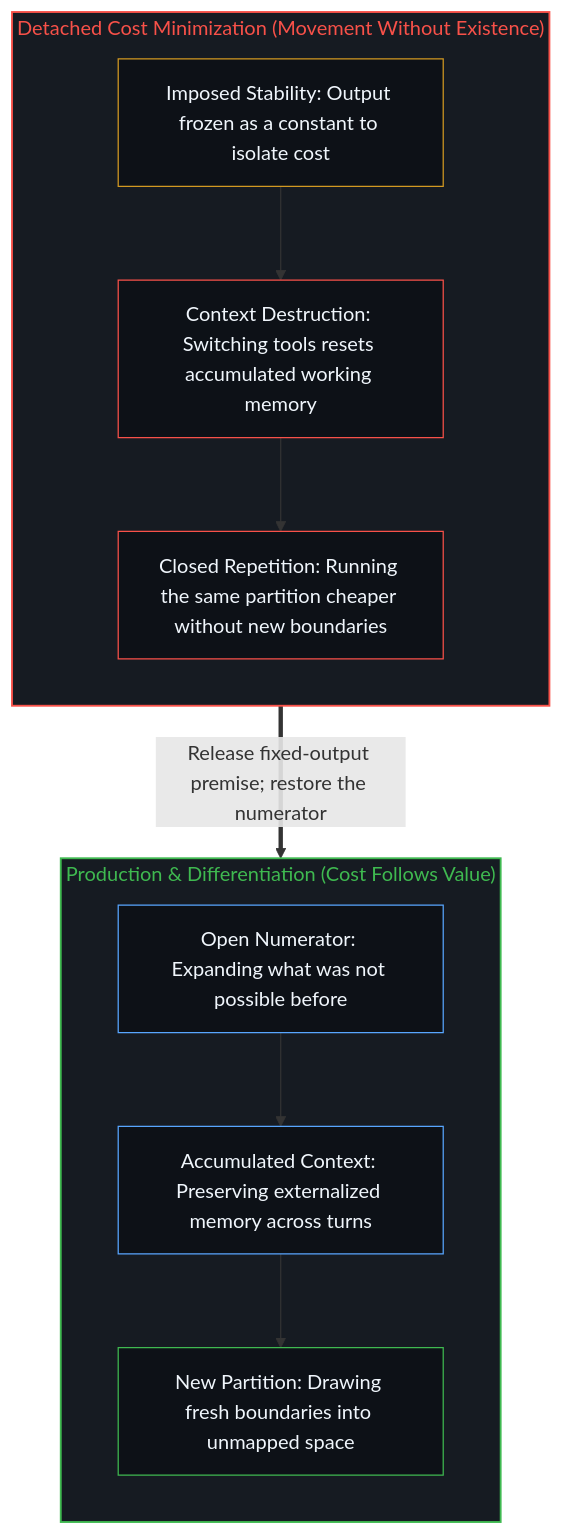
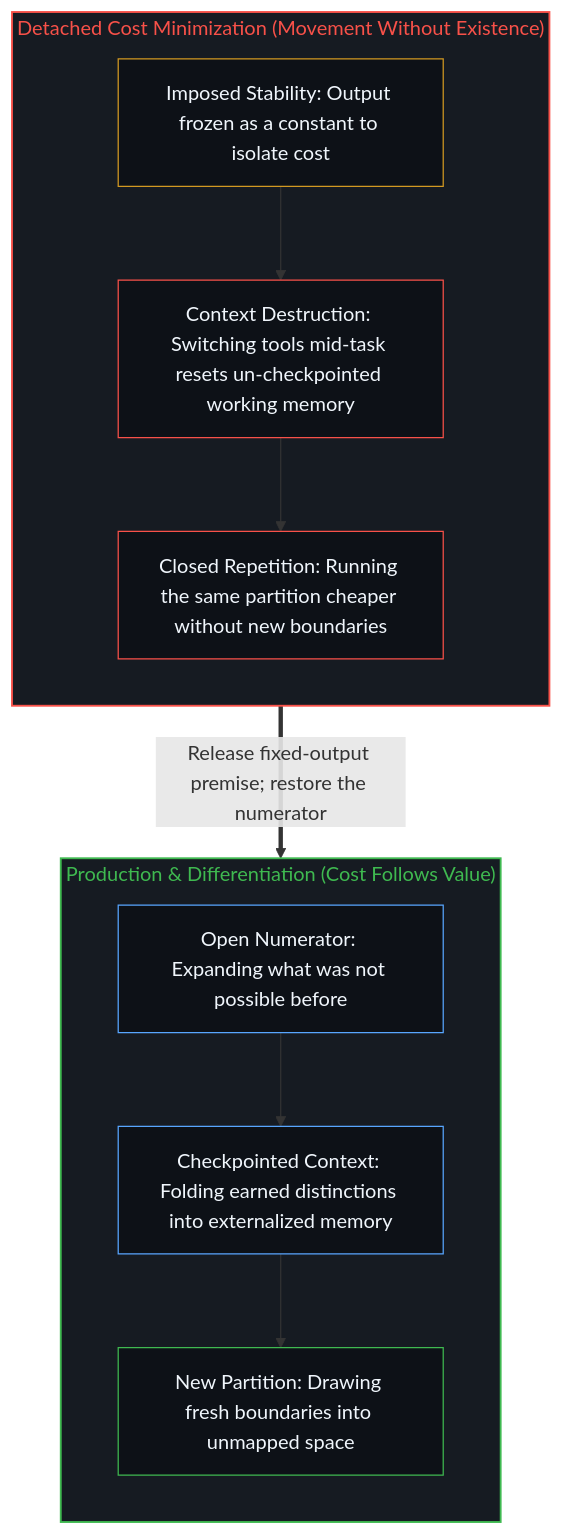
Before and after one commit to powerpig99/not-a-toe: the second of 2 diagrams in content/posts/efficiency-without-differentiation.md, drawn with Mermaid. The commit also changed other lines of this file and 2 other files, not shown here.

Commit message:
Consolidate Deep Sleep Batch 20: refine the-delegation-of-the-task-and-the-inalienability-of-consequences and efficiency-without-differentiation

````diff
--- a/content/posts/efficiency-without-differentiation.md
+++ b/content/posts/efficiency-without-differentiation.md
@@ -68,26 +68,26 @@
 ```mermaid
 flowchart TD
     subgraph S_Min["Detached Cost Minimization (Movement Without Existence)"]
         direction TB
         M_Fix["Imposed Stability: Output frozen as a constant to isolate cost"]
-        M_Switch["Context Destruction: Switching tools resets accumulated working memory"]
+        M_Switch["Context Destruction: Switching tools mid-task resets un-checkpointed working memory"]
         M_Loop["Closed Repetition: Running the same partition cheaper without new boundaries"]
         M_Fix --> M_Switch --> M_Loop
     end
     subgraph S_Diff["Production & Differentiation (Cost Follows Value)"]
         direction TB
         D_Open["Open Numerator: Expanding what was not possible before"]
-        D_Context["Accumulated Context: Preserving externalized memory across turns"]
+        D_Context["Checkpointed Context: Folding earned distinctions into externalized memory"]
         D_Cut["New Partition: Drawing fresh boundaries into unmapped space"]
         D_Open --> D_Context --> D_Cut
     end
     M_Loop ==>|"Release fixed-output premise; restore the numerator"| D_Open
     style S_Min fill:#161b22,stroke:#f85149,stroke-width:1.5px,color:#f85149
     style S_Diff fill:#161b22,stroke:#3fb950,stroke-width:1.5px,color:#3fb950
     style M_Fix fill:#0d1117,stroke:#d29922,stroke-width:1px,color:#f0f6fc
     style M_Switch fill:#0d1117,stroke:#f85149,stroke-width:1px,color:#f0f6fc
     style M_Loop fill:#0d1117,stroke:#f85149,stroke-width:1px,color:#f0f6fc
     style D_Open fill:#0d1117,stroke:#58a6ff,stroke-width:1px,color:#f0f6fc
     style D_Context fill:#0d1117,stroke:#58a6ff,stroke-width:1px,color:#f0f6fc
     style D_Cut fill:#0d1117,stroke:#3fb950,stroke-width:1px,color:#f0f6fc
 ```
````
